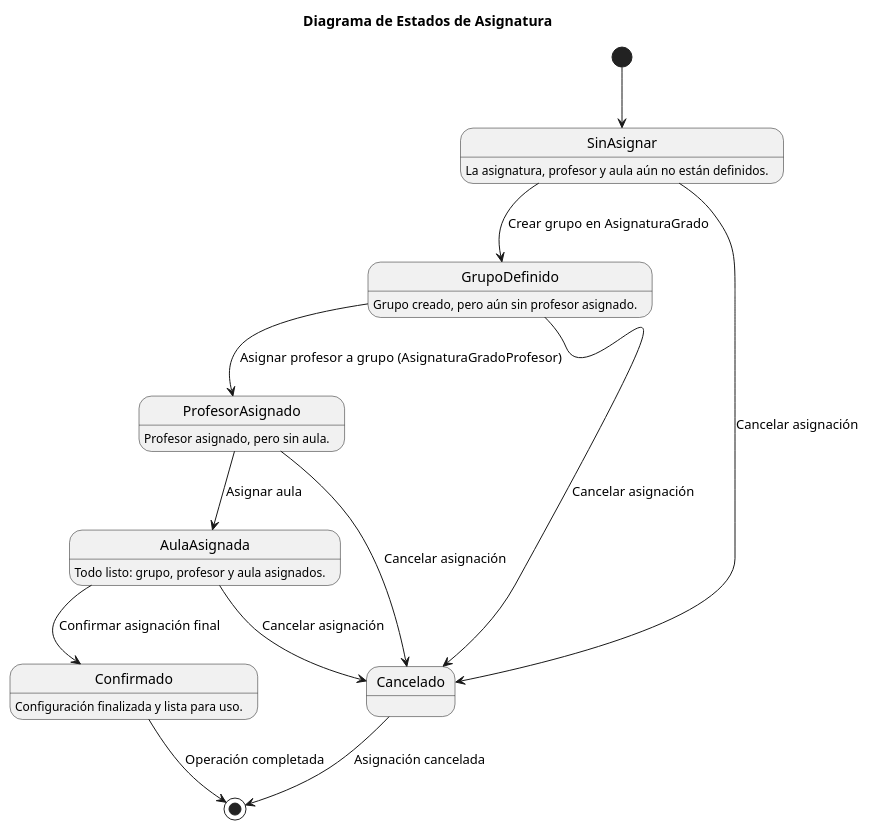
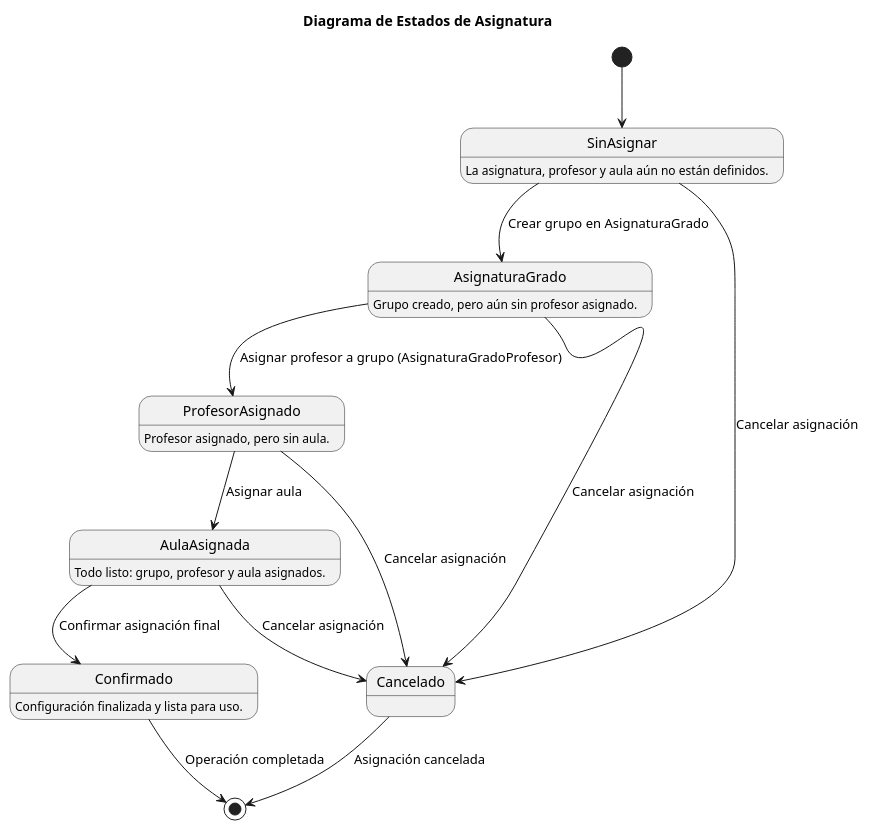
The diagram in modeloDelDominio/plantUML/diagramaEstadosAsignatura.puml (mmasias/24-25-IdSw1-SDR), drawn with PlantUML before and after one commit.

```diff
--- a/modeloDelDominio/plantUML/diagramaEstadosAsignatura.puml
+++ b/modeloDelDominio/plantUML/diagramaEstadosAsignatura.puml
@@ -1,25 +1,25 @@
 @startuml
 title Diagrama de Estados de Asignatura
 [*] --> SinAsignar
 
 SinAsignar : La asignatura, profesor y aula aún no están definidos.
 
-SinAsignar --> GrupoDefinido : Crear grupo en AsignaturaGrado
-GrupoDefinido : Grupo creado, pero aún sin profesor asignado.
+SinAsignar --> AsignaturaGrado : Crear grupo en AsignaturaGrado
+AsignaturaGrado : Grupo creado, pero aún sin profesor asignado.
 
-GrupoDefinido --> ProfesorAsignado : Asignar profesor a grupo (AsignaturaGradoProfesor)
+AsignaturaGrado --> ProfesorAsignado : Asignar profesor a grupo (AsignaturaGradoProfesor)
 ProfesorAsignado : Profesor asignado, pero sin aula.
 
 ProfesorAsignado --> AulaAsignada : Asignar aula
 
 AulaAsignada : Todo listo: grupo, profesor y aula asignados.
 AulaAsignada --> Confirmado : Confirmar asignación final
 Confirmado : Configuración finalizada y lista para uso.
 
 SinAsignar --> Cancelado : Cancelar asignación
-GrupoDefinido --> Cancelado : Cancelar asignación
+AsignaturaGrado --> Cancelado : Cancelar asignación
 ProfesorAsignado --> Cancelado : Cancelar asignación
 AulaAsignada --> Cancelado : Cancelar asignación
 Confirmado --> [*] : Operación completada
 Cancelado --> [*] : Asignación cancelada
 @enduml
```
